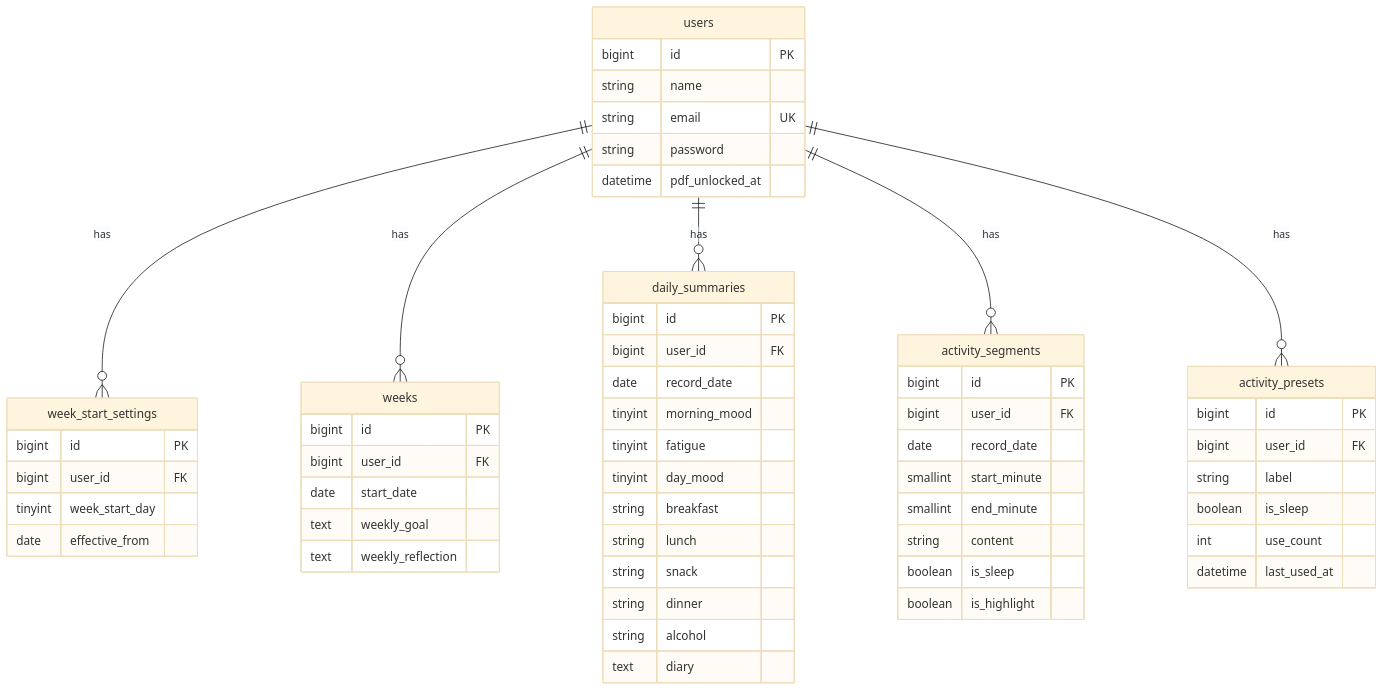
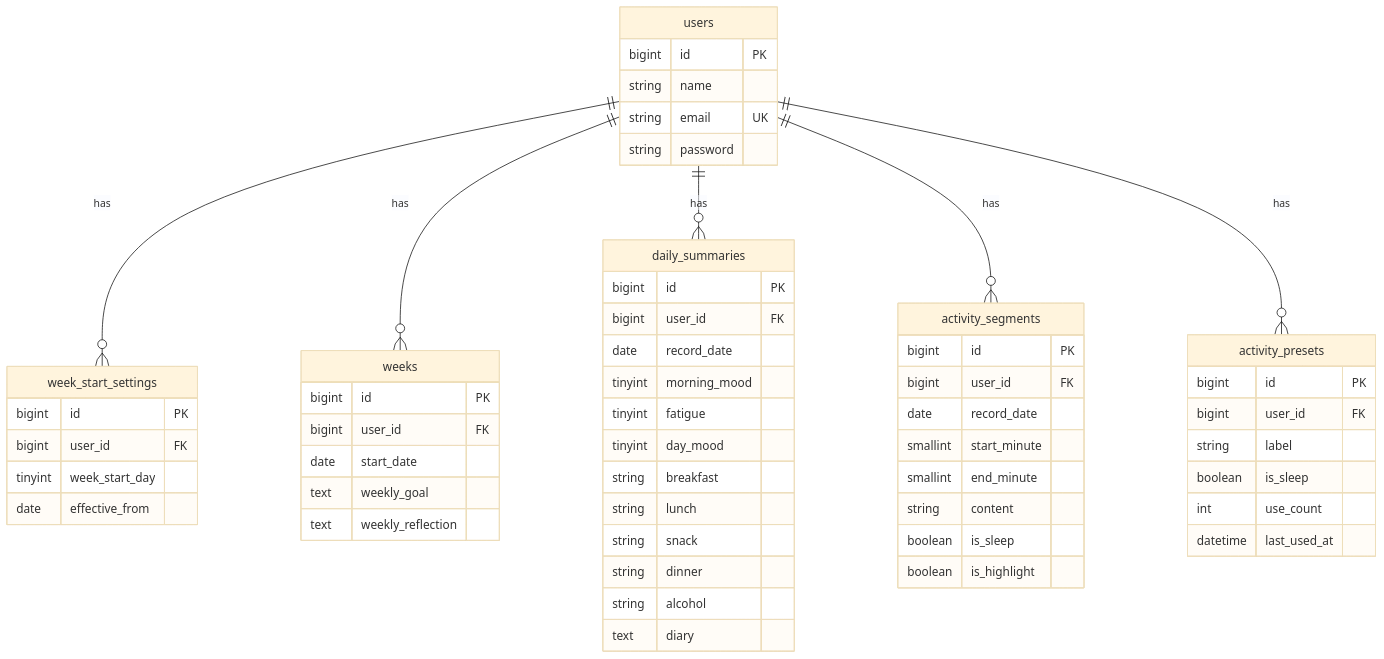
One commit to fm5889rx/repace-app changed the third of 3 diagrams in docs/設計書.md. Above: the diagram before and after it, drawn with Mermaid (base theme). The commit also changed other lines of this file and 11 other files, not shown here.

````diff
--- a/docs/設計書.md
+++ b/docs/設計書.md
@@ -269,61 +257,60 @@
 ```mermaid
 erDiagram
     users ||--o{ week_start_settings : has
     users ||--o{ weeks : has
     users ||--o{ daily_summaries : has
     users ||--o{ activity_segments : has
     users ||--o{ activity_presets : has
 
     users {
         bigint id PK
         string name
         string email UK
         string password
-        datetime pdf_unlocked_at
     }
     week_start_settings {
         bigint id PK
         bigint user_id FK
         tinyint week_start_day
         date effective_from
     }
     weeks {
         bigint id PK
         bigint user_id FK
         date start_date
         text weekly_goal
         text weekly_reflection
     }
     daily_summaries {
         bigint id PK
         bigint user_id FK
         date record_date
         tinyint morning_mood
         tinyint fatigue
         tinyint day_mood
         string breakfast
         string lunch
         string snack
         string dinner
         string alcohol
         text diary
     }
     activity_segments {
         bigint id PK
         bigint user_id FK
         date record_date
         smallint start_minute
         smallint end_minute
         string content
         boolean is_sleep
         boolean is_highlight
     }
     activity_presets {
         bigint id PK
         bigint user_id FK
         string label
         boolean is_sleep
         int use_count
         datetime last_used_at
     }
 ```
````
